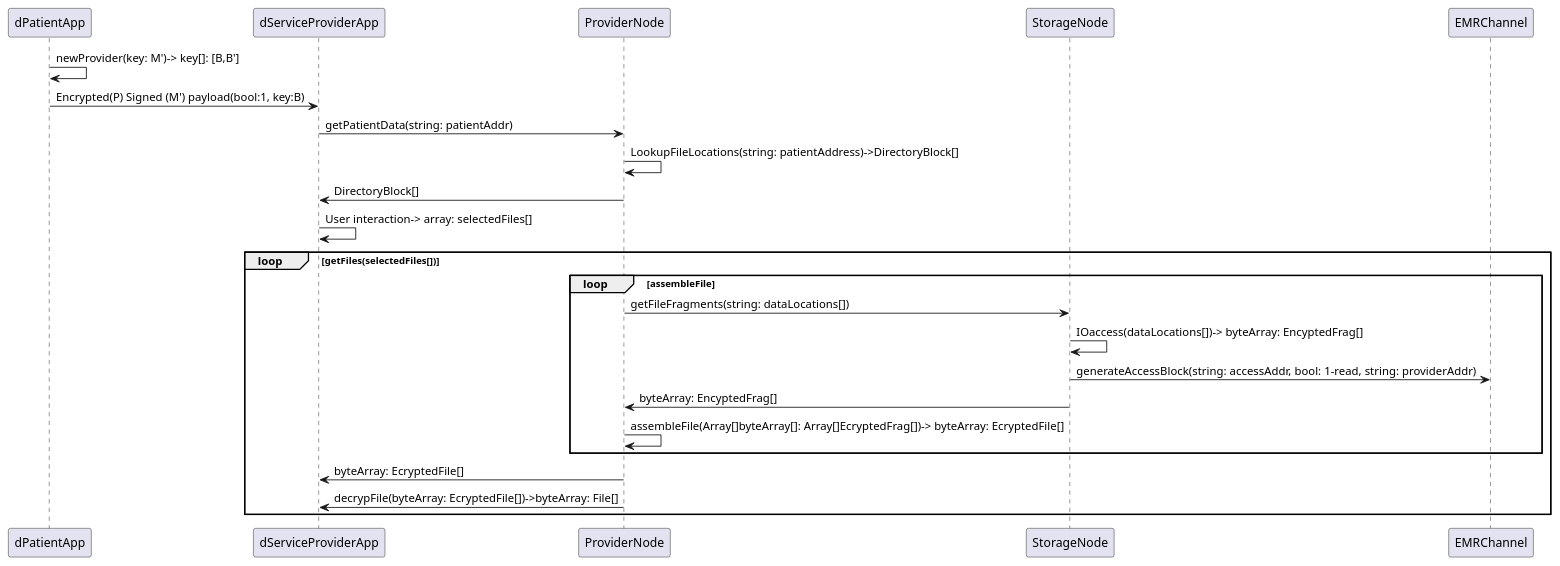
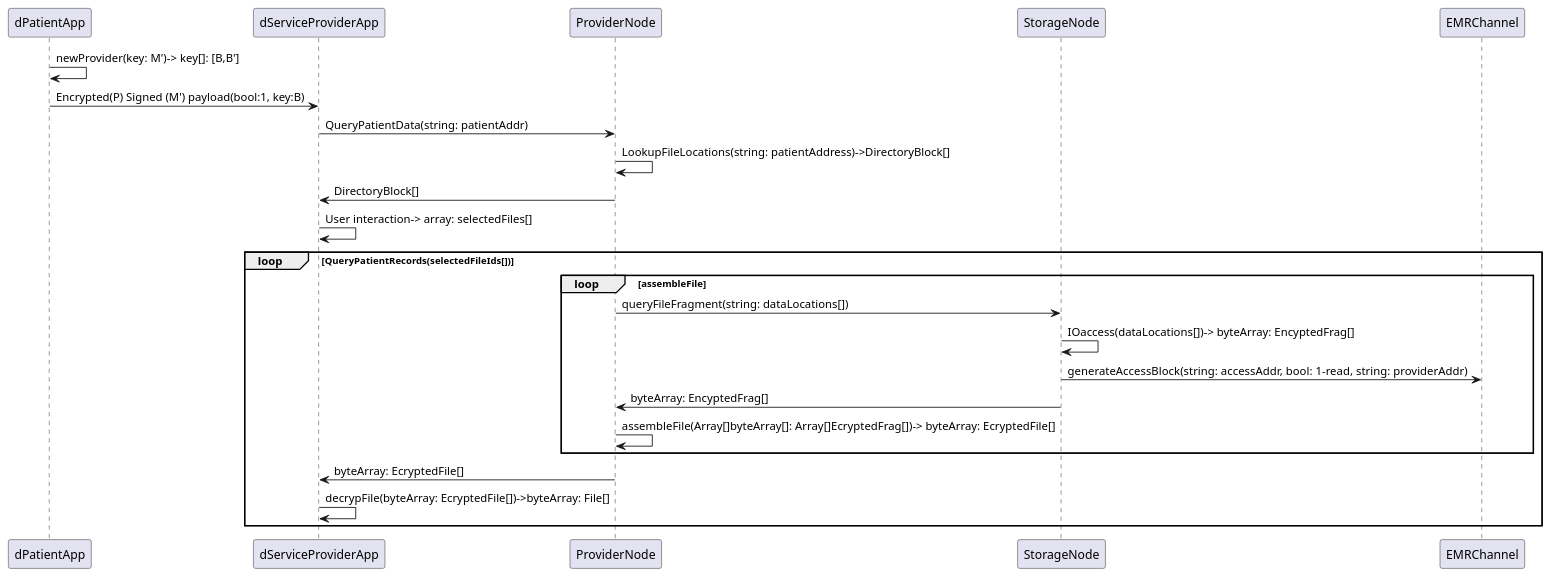
One commit to MedChain/medchain-network changed the diagram in docs/sequenceDiagrams/EMRRead.wsd. Above: the diagram before and after it, drawn with PlantUML. The commit also changed 6 other files, not shown here.

```diff
--- a/docs/sequenceDiagrams/EMRRead.wsd
+++ b/docs/sequenceDiagrams/EMRRead.wsd
@@ -1,19 +1,19 @@
 @startuml
 dPatientApp->dPatientApp: newProvider(key: M')-> key[]: [B,B']
 dPatientApp->dServiceProviderApp: Encrypted(P) Signed (M') payload(bool:1, key:B)
-dServiceProviderApp-> ProviderNode: getPatientData(string: patientAddr)
+dServiceProviderApp-> ProviderNode: QueryPatientData(string: patientAddr)
 ProviderNode->ProviderNode: LookupFileLocations(string: patientAddress)->DirectoryBlock[]
 ProviderNode-> dServiceProviderApp: DirectoryBlock[]
 dServiceProviderApp->dServiceProviderApp: User interaction-> array: selectedFiles[]
-loop getFiles(selectedFiles[])
+loop QueryPatientRecords(selectedFileIds[])
 loop assembleFile
-ProviderNode->StorageNode: getFileFragments(string: dataLocations[])
+ProviderNode->StorageNode: queryFileFragment(string: dataLocations[])
 StorageNode->StorageNode: IOaccess(dataLocations[])-> byteArray: EncyptedFrag[]
 StorageNode->EMRChannel: generateAccessBlock(string: accessAddr, bool: 1-read, string: providerAddr)
 StorageNode->ProviderNode: byteArray: EncyptedFrag[]
 ProviderNode->ProviderNode: assembleFile(Array[]byteArray[]: Array[]EcryptedFrag[])-> byteArray: EcryptedFile[]
 end
 ProviderNode->dServiceProviderApp: byteArray: EcryptedFile[]
-ProviderNode->dServiceProviderApp: decrypFile(byteArray: EcryptedFile[])->byteArray: File[]
+dServiceProviderApp->dServiceProviderApp: decrypFile(byteArray: EcryptedFile[])->byteArray: File[]
 end
 @enduml
```
